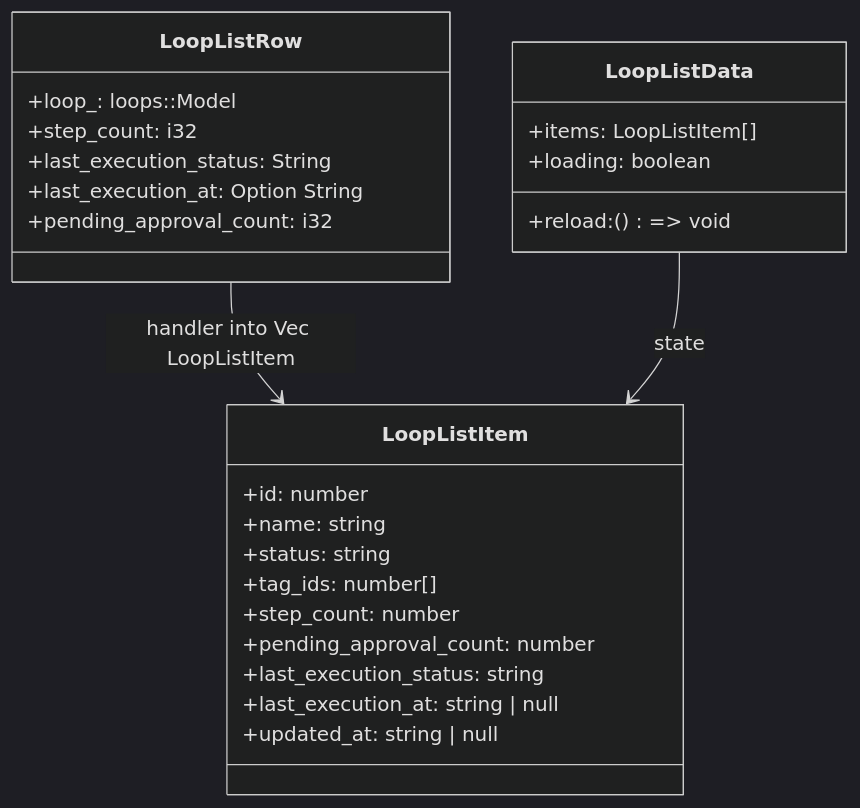
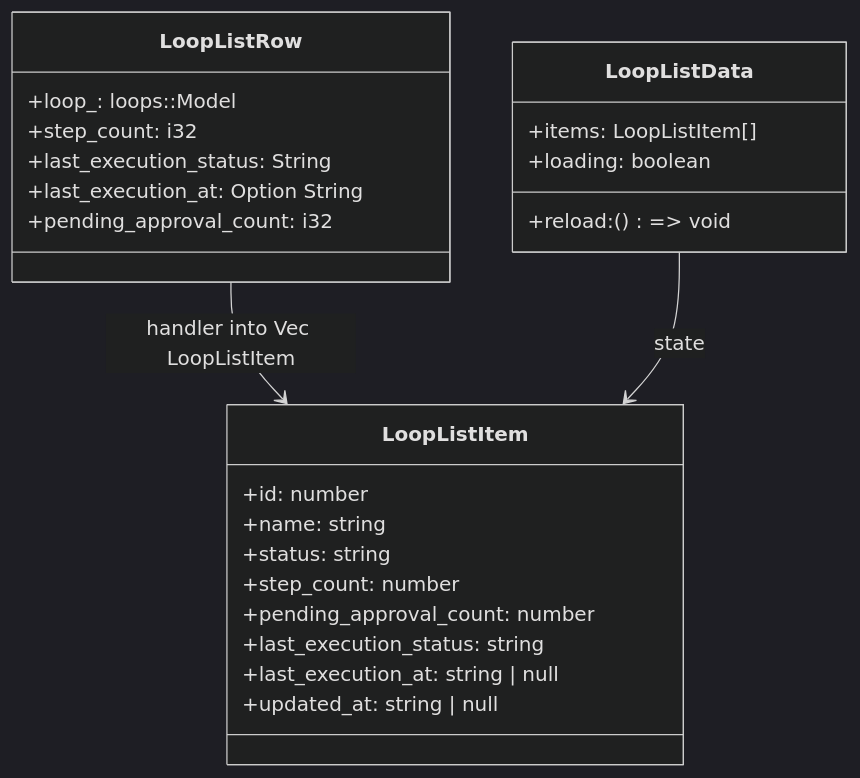
The third of 4 diagrams in frontend/src/help/pages/loop-list-refresh.md (weibaohui/ntd), drawn with Mermaid (dark theme) before and after one commit. The commit also changed other lines of this file and 92 other files, not shown here.

````diff
--- a/frontend/src/help/pages/loop-list-refresh.md
+++ b/frontend/src/help/pages/loop-list-refresh.md
@@ -42,28 +41,27 @@
 ```mermaid
 classDiagram
   class LoopListRow {
     +loop_: loops::Model
     +step_count: i32
     +last_execution_status: String
     +last_execution_at: Option String
     +pending_approval_count: i32
   }
   class LoopListItem {
     +id: number
     +name: string
     +status: string
-    +tag_ids: number[]
     +step_count: number
     +pending_approval_count: number
     +last_execution_status: string
     +last_execution_at: string | null
     +updated_at: string | null
   }
   class LoopListData {
     +items: LoopListItem[]
     +loading: boolean
     +reload: () => void
   }
   LoopListRow --> LoopListItem : handler into Vec LoopListItem
   LoopListData --> LoopListItem : state
 ```
````
